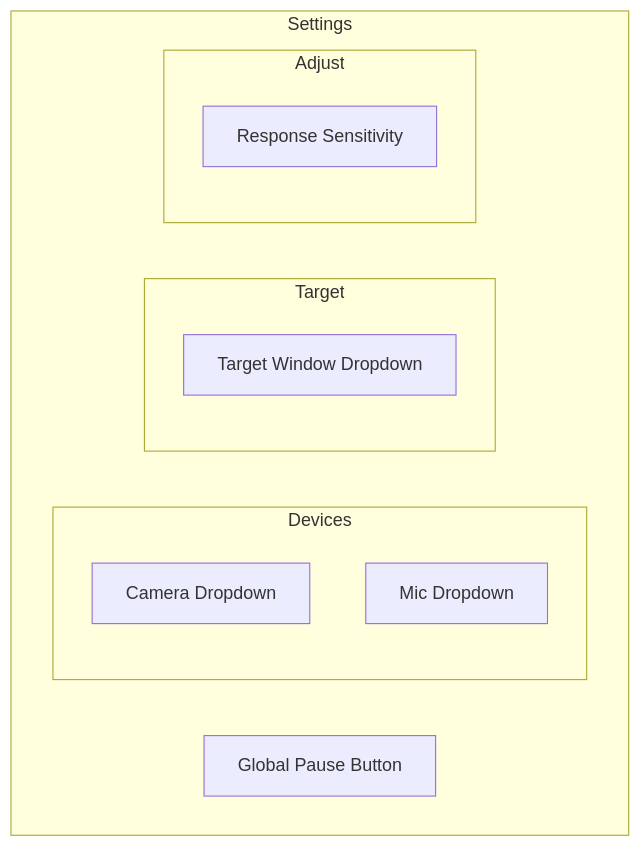
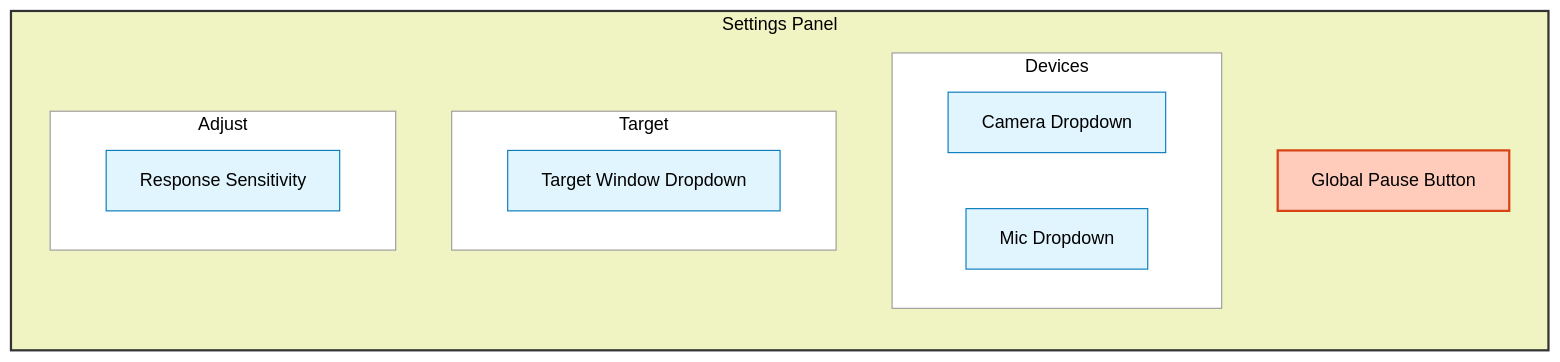
The second of 2 diagrams in wireframe.md (zuntan/kaoiro_concept), drawn with Mermaid before and after one commit. The commit also changed other lines of this file and 2 other files, not shown here.

Commit message:
Final cleanup before time sync

````diff
--- a/wireframe.md
+++ b/wireframe.md
@@ -23,16 +36,33 @@
 ```mermaid
 graph TD
-    subgraph SettingsPanel ["Settings"]
+    %% スタイル定義
+    classDef panel fill:#f0f4c3,stroke:#333,stroke-width:2px,color:#000
+    classDef section fill:#fff,stroke:#999,stroke-width:1px,color:#000
+    classDef element fill:#e1f5fe,stroke:#0277bd,stroke-width:1px,color:#000
+    classDef button fill:#ffccbc,stroke:#d84315,stroke-width:2px,color:#000
+
+    subgraph SettingsPanel ["Settings Panel"]
+        direction TB
+        
         subgraph Section1 [Devices]
             CamSelect[Camera Dropdown]
             MicSelect[Mic Dropdown]
         end
+        
         subgraph Section2 [Target]
             WindowSelect[Target Window Dropdown]
         end
+        
         subgraph Section3 [Adjust]
             SensSlider[Response Sensitivity]
         end
+        
         PauseButton[Global Pause Button]
     end
+
+    %% クラス適用
+    class SettingsPanel panel
+    class Section1,Section2,Section3 section
+    class CamSelect,MicSelect,WindowSelect,SensSlider element
+    class PauseButton button
 ```
````
